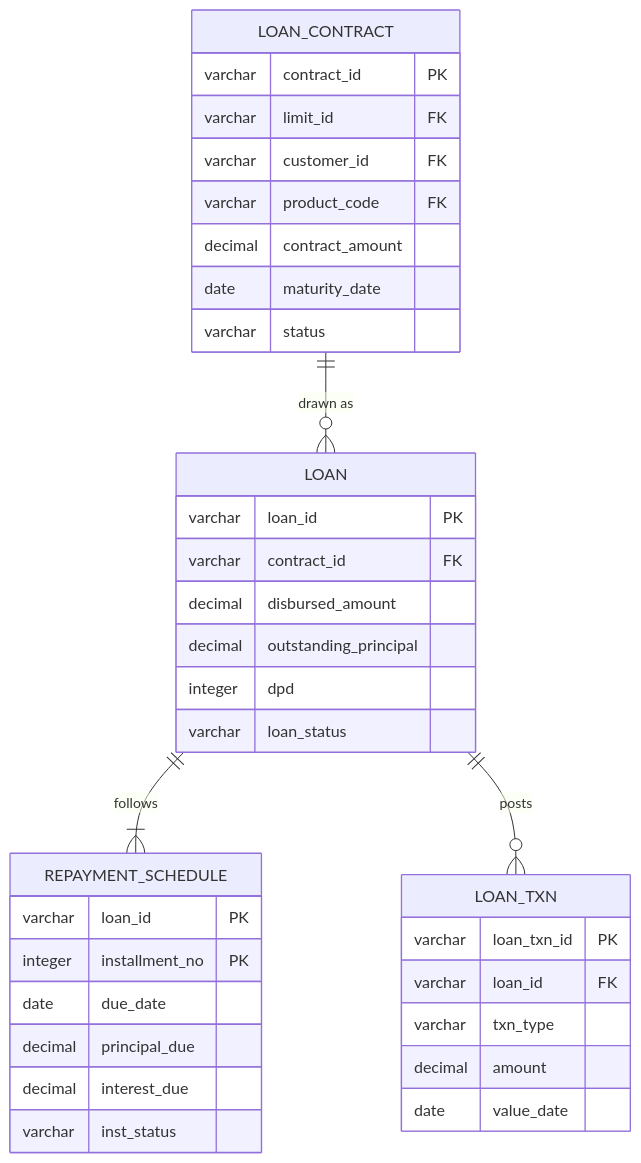
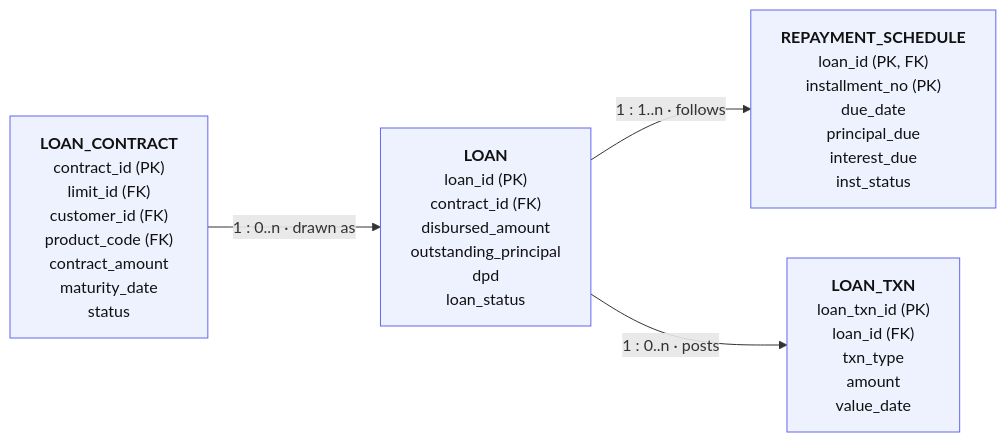
One commit to yugshinz-star/credit-management-system changed diagram 17 of 21 in docs/business-architecture-processes-data-model.md. Above: the diagram before and after it, drawn with Mermaid. The commit also changed other lines of this file, not shown here.

First line of the commit message:
Redraw ER and state diagrams as flowcharts for GitHub rendering

````diff
--- a/docs/business-architecture-processes-data-model.md
+++ b/docs/business-architecture-processes-data-model.md
@@ -1149,38 +1066,11 @@
 ```mermaid
-erDiagram
-    LOAN_CONTRACT {
-        varchar contract_id PK
-        varchar limit_id FK
-        varchar customer_id FK
-        varchar product_code FK
-        decimal contract_amount
-        date maturity_date
-        varchar status
-    }
-    LOAN {
-        varchar loan_id PK
-        varchar contract_id FK
-        decimal disbursed_amount
-        decimal outstanding_principal
-        integer dpd
-        varchar loan_status
-    }
-    REPAYMENT_SCHEDULE {
-        varchar loan_id PK
-        integer installment_no PK
-        date due_date
-        decimal principal_due
-        decimal interest_due
-        varchar inst_status
-    }
-    LOAN_TXN {
-        varchar loan_txn_id PK
-        varchar loan_id FK
-        varchar txn_type
-        decimal amount
-        date value_date
-    }
-    LOAN_CONTRACT ||--o{ LOAN : "drawn as"
-    LOAN ||--|{ REPAYMENT_SCHEDULE : follows
-    LOAN ||--o{ LOAN_TXN : posts
+flowchart LR
+    classDef ent fill:#eef2ff,stroke:#6366f1,color:#111
+    CON["<b>LOAN_CONTRACT</b><br/>contract_id (PK)<br/>limit_id (FK)<br/>customer_id (FK)<br/>product_code (FK)<br/>contract_amount<br/>maturity_date<br/>status"]:::ent
+    LN["<b>LOAN</b><br/>loan_id (PK)<br/>contract_id (FK)<br/>disbursed_amount<br/>outstanding_principal<br/>dpd<br/>loan_status"]:::ent
+    RS["<b>REPAYMENT_SCHEDULE</b><br/>loan_id (PK, FK)<br/>installment_no (PK)<br/>due_date<br/>principal_due<br/>interest_due<br/>inst_status"]:::ent
+    LTX["<b>LOAN_TXN</b><br/>loan_txn_id (PK)<br/>loan_id (FK)<br/>txn_type<br/>amount<br/>value_date"]:::ent
+    CON -->|"1 : 0..n · drawn as"| LN
+    LN -->|"1 : 1..n · follows"| RS
+    LN -->|"1 : 0..n · posts"| LTX
 ```
````
